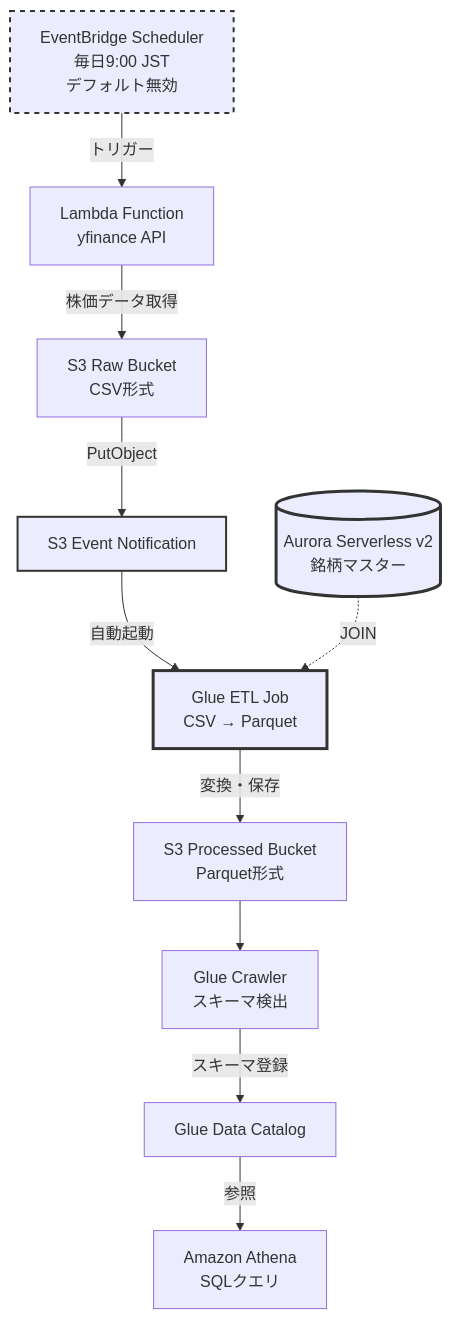
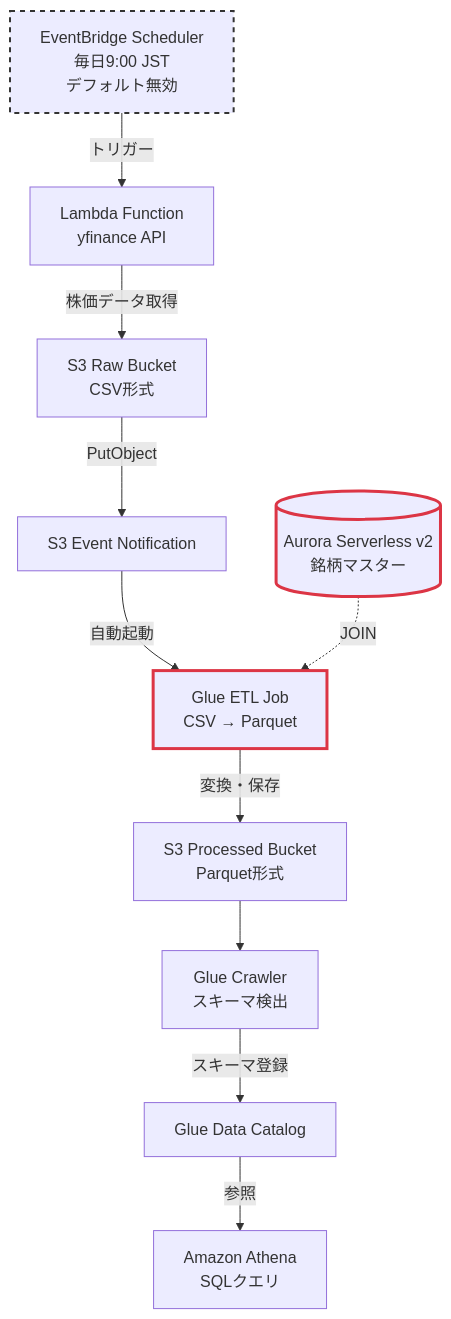
Before and after one commit to yamato-aoki/yfinance_aws_project: the second of 2 diagrams in README.md, drawn with Mermaid. The commit also changed other lines of this file and 7 other files, not shown here.

````diff
--- a/README.md
+++ b/README.md
@@ -43,28 +89,27 @@
 ```mermaid
 graph TB
     Scheduler[EventBridge Scheduler<br/>毎日9:00 JST<br/>デフォルト無効]
     Lambda[Lambda Function<br/>yfinance API]
     S3Raw[S3 Raw Bucket<br/>CSV形式]
     S3Event[S3 Event Notification]
     GlueJob[Glue ETL Job<br/>CSV → Parquet]
     Aurora[(Aurora Serverless v2<br/>銘柄マスター)]
     S3Processed[S3 Processed Bucket<br/>Parquet形式]
     Crawler[Glue Crawler<br/>スキーマ検出]
     Catalog[Glue Data Catalog]
     Athena[Amazon Athena<br/>SQLクエリ]
     
     Scheduler -->|トリガー| Lambda
     Lambda -->|株価データ取得| S3Raw
     S3Raw -->|PutObject| S3Event
     S3Event -->|自動起動| GlueJob
     Aurora -.->|JOIN| GlueJob
     GlueJob -->|変換・保存| S3Processed
     S3Processed --> Crawler
     Crawler -->|スキーマ登録| Catalog
     Catalog -->|参照| Athena
     
-    style Aurora stroke:#333,stroke-width:3px
-    style GlueJob stroke:#333,stroke-width:3px
+    style Aurora stroke:#dc3545,stroke-width:3px
+    style GlueJob stroke:#dc3545,stroke-width:3px
     style Scheduler stroke:#333,stroke-width:2px,stroke-dasharray: 5 5
-    style S3Event stroke:#333,stroke-width:2px
 ```
````
